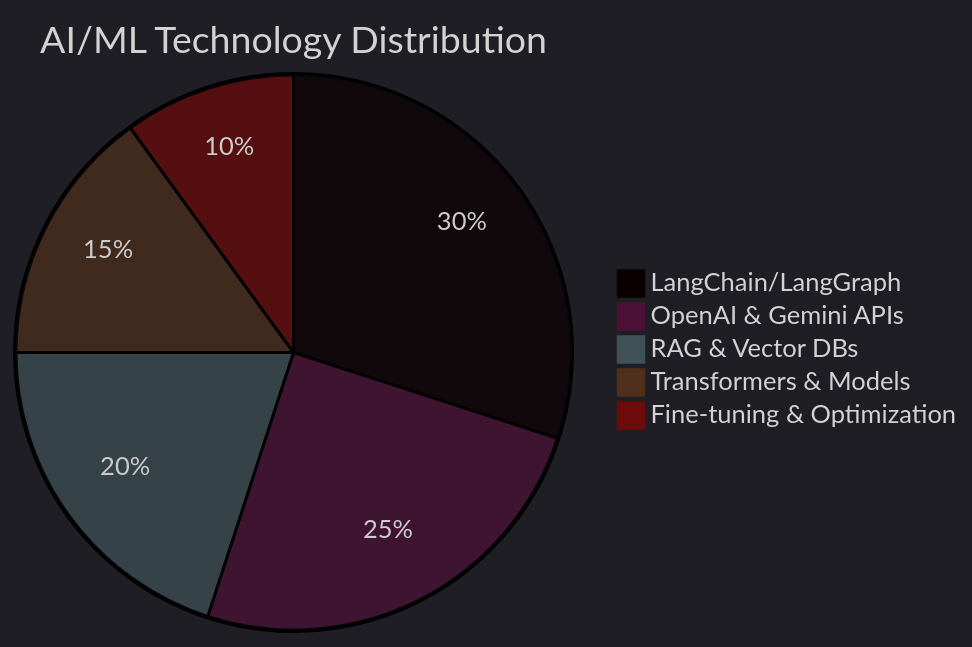
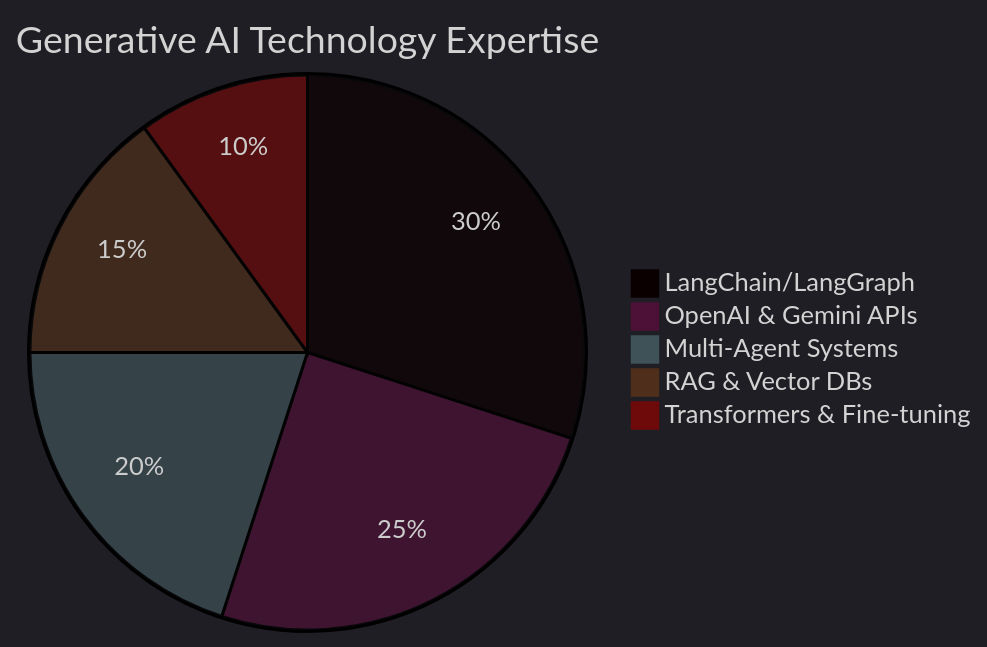
The third of 3 diagrams in README.md (suyashagrahari/suyashagrahari), drawn with Mermaid before and after one commit. The commit also changed other lines of this file, not shown here.

````diff
--- a/README.md
+++ b/README.md
@@ -294,9 +344,9 @@
 ```mermaid
 %%{init: {'theme':'dark'}}%%
-pie title AI/ML Technology Distribution
+pie title Generative AI Technology Expertise
     "LangChain/LangGraph" : 30
     "OpenAI & Gemini APIs" : 25
-    "RAG & Vector DBs" : 20
-    "Transformers & Models" : 15
-    "Fine-tuning & Optimization" : 10
+    "Multi-Agent Systems" : 20
+    "RAG & Vector DBs" : 15
+    "Transformers & Fine-tuning" : 10
 ```
````
